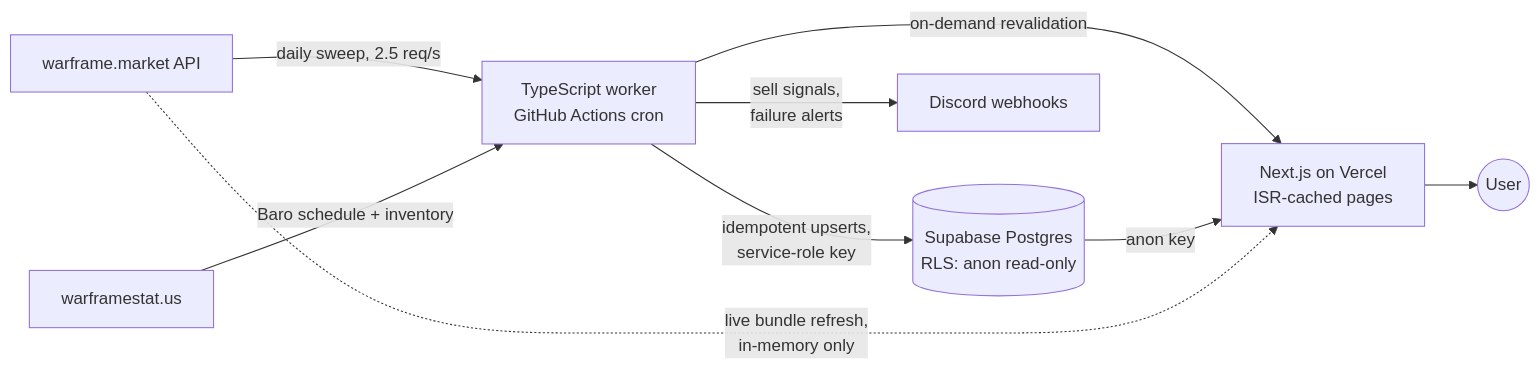
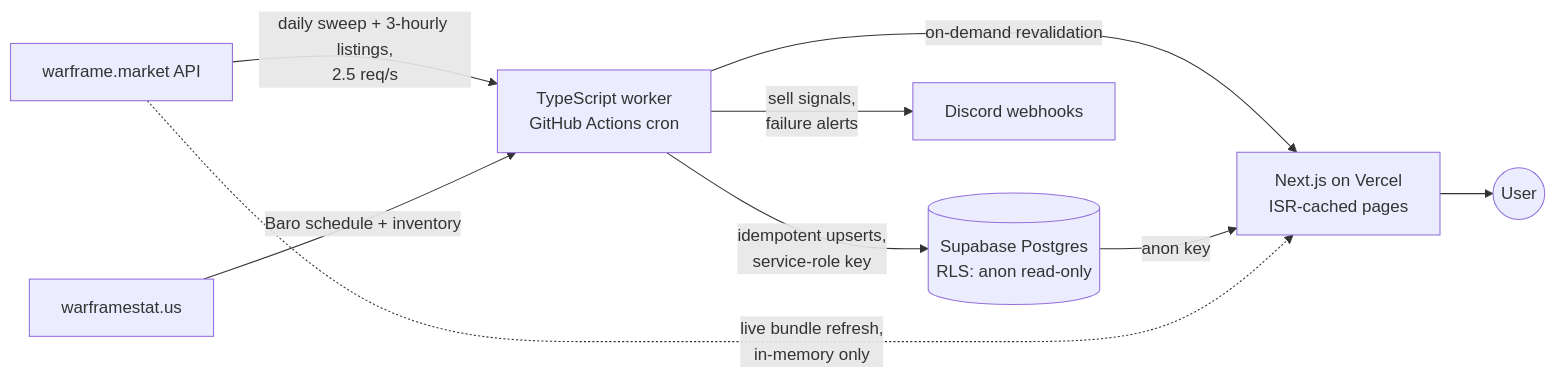
Before and after one commit to FranciscoPLoureiro/Ducat2Plat: the diagram in README.md, drawn with Mermaid. The commit also changed other lines of this file and 7 other files, not shown here.

First line of the commit message:
feat: refresh bundle listings every ~3h between daily sweeps (#32)

````diff
--- a/README.md
+++ b/README.md
@@ -43,11 +43,11 @@
 ```mermaid
 graph LR
-    WFM[warframe.market API] -->|daily sweep, 2.5 req/s| Worker[TypeScript worker<br/>GitHub Actions cron]
+    WFM[warframe.market API] -->|daily sweep + 3-hourly listings,<br/>2.5 req/s| Worker[TypeScript worker<br/>GitHub Actions cron]
     BARO[warframestat.us] -->|Baro schedule + inventory| Worker
     Worker -->|idempotent upserts,<br/>service-role key| DB[(Supabase Postgres<br/>RLS: anon read-only)]
     Worker -->|sell signals,<br/>failure alerts| Discord[Discord webhooks]
     Worker -->|on-demand revalidation| Web[Next.js on Vercel<br/>ISR-cached pages]
     DB -->|anon key| Web
     WFM -.->|live bundle refresh,<br/>in-memory only| Web
     Web --> User((User))
 ```
````
